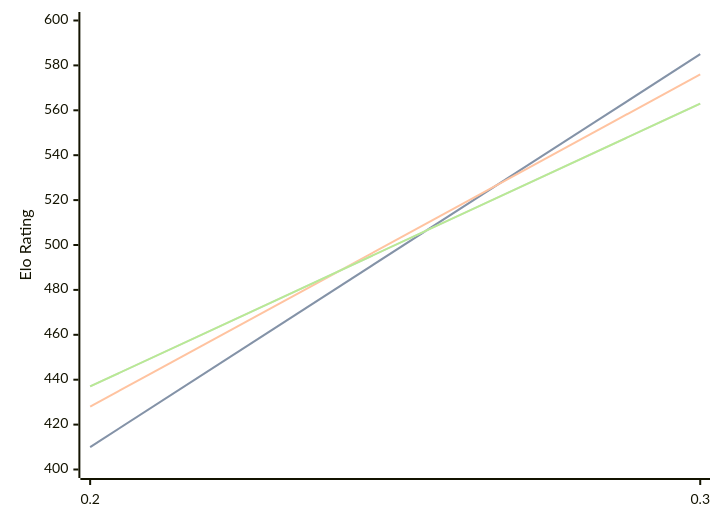
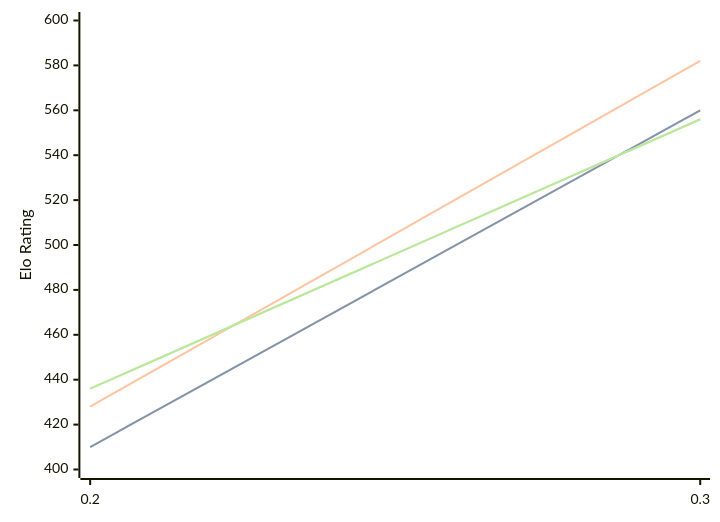
One commit to computer-chess-index/cci changed the diagram in engines/Magpie.md. Above: the diagram before and after it, drawn with Mermaid. The commit also changed other lines of this file, not shown here.

Commit message:
Update CCI Ratings (ELO VLTC) - 2026-08-17

````diff
--- a/engines/Magpie.md
+++ b/engines/Magpie.md
@@ -32,11 +32,11 @@
 ```mermaid
 %%{init: {"theme":"base","themeVariables":{"seriesColors:['#a3a3a3','#222221','#faa371']}}}%%
 xychart-beta
   x-axis ["0.2", "0.3"]
   y-axis "Elo Rating" 400 --> 600
-  line "STC (8.0+0.08s)" [410, 585]
-  line "STC (8.0+0.08s)" [410, 585]
-  line "LTC (60.0+0.60s)" [428, 576]
-  line "VLTC (2m24s+1.12s)" [437, 563]
-  line "VLTC (2m24s+1.12s)" [437, 563]
+  line "STC (8.0+0.08s)" [410, 560]
+  line "STC (8.0+0.08s)" [410, 560]
+  line "LTC (60.0+0.60s)" [428, 582]
+  line "VLTC (2m24s+1.12s)" [436, 556]
+  line "VLTC (2m24s+1.12s)" [436, 556]
 ```
````
